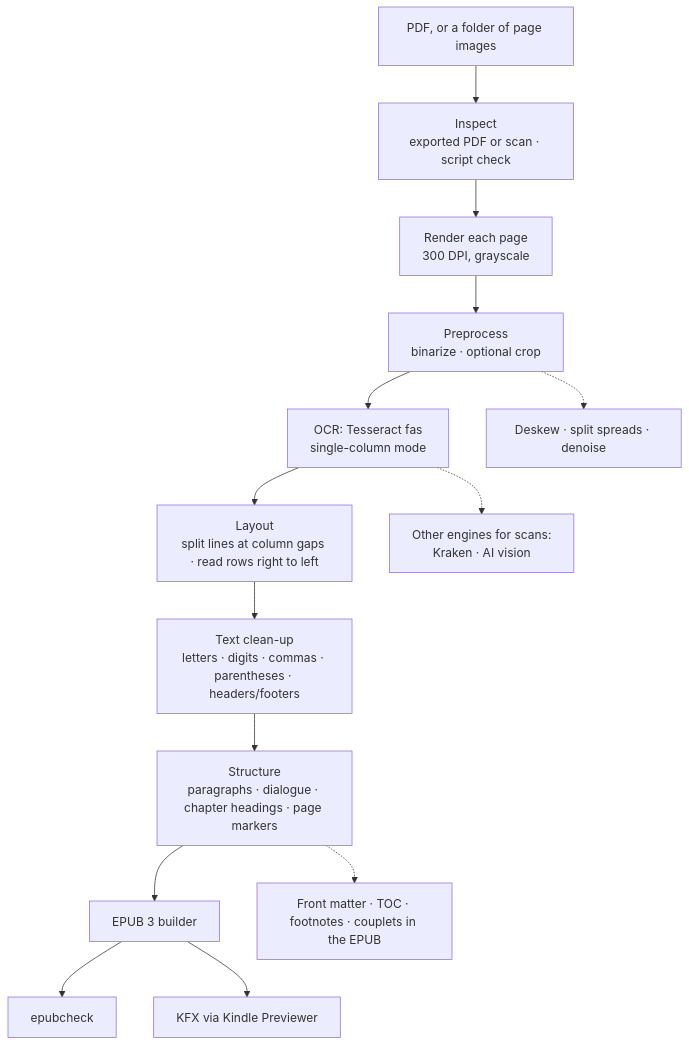
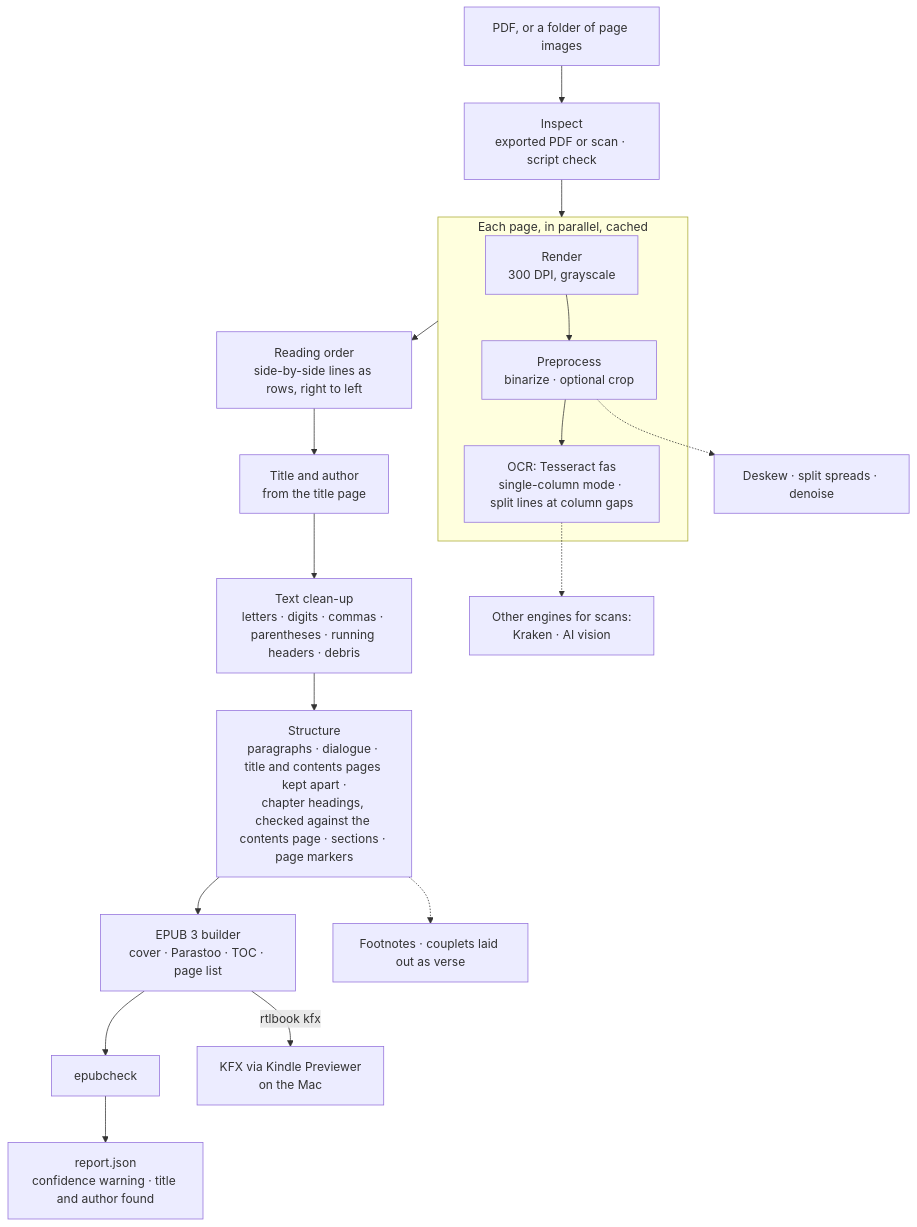
The diagram in DESIGN.md (ardeshirj/rtlbook), drawn with Mermaid before and after one commit.

Commit message:
DESIGN.md: redraw the pipeline to match the code (per-page steps, title and author, contents page, report)

````diff
--- a/DESIGN.md
+++ b/DESIGN.md
@@ -54,16 +54,20 @@
 ```mermaid
 flowchart TD
     A[PDF, or a folder of page images] --> B[Inspect<br/>exported PDF or scan · script check]
-    B --> C[Render each page<br/>300 DPI, grayscale]
-    C --> D[Preprocess<br/>binarize · optional crop]
-    D --> E[OCR: Tesseract fas<br/>single-column mode]
-    E --> F[Layout<br/>split lines at column gaps · read rows right to left]
-    F --> G[Text clean-up<br/>letters · digits · commas · parentheses · headers/footers]
-    G --> H[Structure<br/>paragraphs · dialogue · chapter headings · page markers]
-    H --> I[EPUB 3 builder]
-    I --> J[epubcheck]
-    I --> K[KFX via Kindle Previewer]
+    B --> P
+    subgraph P [Each page, in parallel, cached]
+        C[Render<br/>300 DPI, grayscale] --> D[Preprocess<br/>binarize · optional crop]
+        D --> E[OCR: Tesseract fas<br/>single-column mode · split lines at column gaps]
+    end
+    P --> F[Reading order<br/>side-by-side lines as rows, right to left]
+    F --> G[Title and author<br/>from the title page]
+    G --> H[Text clean-up<br/>letters · digits · commas · parentheses · running headers · debris]
+    H --> I[Structure<br/>paragraphs · dialogue · title and contents pages kept apart ·<br/>chapter headings, checked against the contents page · sections · page markers]
+    I --> J[EPUB 3 builder<br/>cover · Parastoo · TOC · page list]
+    J --> K[epubcheck]
+    K --> R[report.json<br/>confidence warning · title and author found]
+    J -->|rtlbook kfx| L[KFX via Kindle Previewer<br/>on the Mac]
     D -.-> D2[Deskew · split spreads · denoise]
     E -.-> E2[Other engines for scans:<br/>Kraken · AI vision]
-    H -.-> H2[Front matter · TOC · footnotes · couplets in the EPUB]
+    I -.-> I2[Footnotes · couplets laid out as verse]
 ```
````
